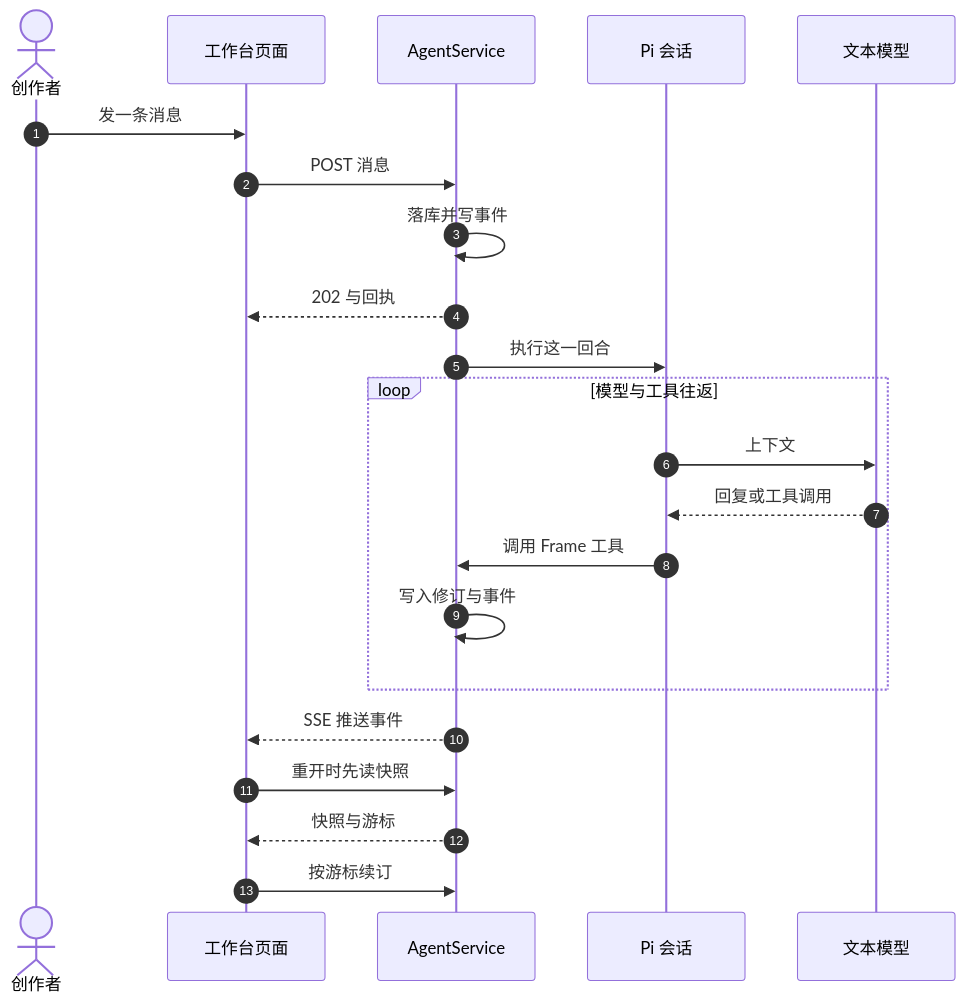
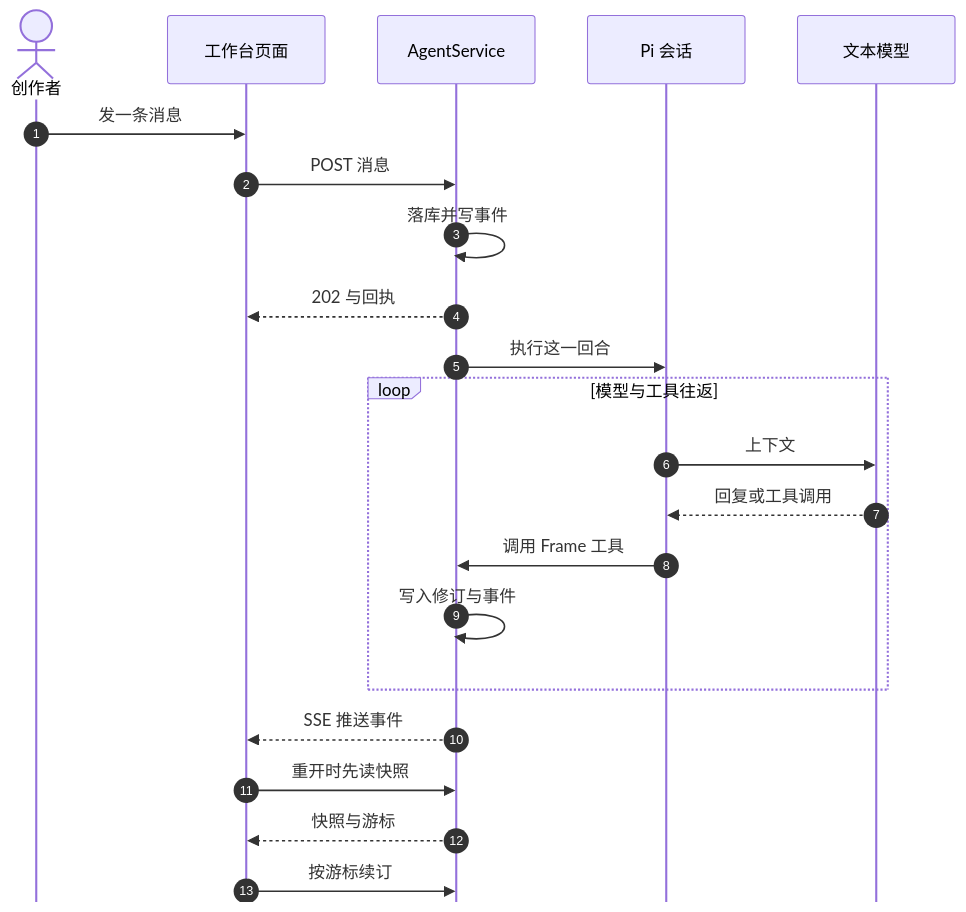
One commit to yaoziyaoguai/video-factory changed the third of 11 diagrams in README.md. Above: the diagram before and after it, drawn with Mermaid. The commit also changed other lines of this file, not shown here.

First line of the commit message:
docs(readme): make the Mermaid diagrams render cleanly on GitHub [skip ci]

````diff
--- a/README.md
+++ b/README.md
@@ -139,25 +144,27 @@
 ```mermaid
 sequenceDiagram
+  %% 不镜像底部参与者：GitHub 会把缩放按钮叠放在图的右下角，避免压住右下角
+  %%{init: {"sequence": {"mirrorActors": false}}}%%
   autonumber
   actor ME as 创作者
   participant UI as 工作台页面
   participant API as AgentService
   participant PI as Pi 会话
   participant MODEL as 文本模型
 
   ME ->> UI: 发一条消息
   UI ->> API: POST 消息
   API ->> API: 落库并写事件
   API -->> UI: 202 与回执
   API ->> PI: 执行这一回合
   loop 模型与工具往返
     PI ->> MODEL: 上下文
     MODEL -->> PI: 回复或工具调用
     PI ->> API: 调用 Frame 工具
     API ->> API: 写入修订与事件
   end
   API -->> UI: SSE 推送事件
   UI ->> API: 重开时先读快照
   API -->> UI: 快照与游标
   UI ->> API: 按游标续订
 ```
````
